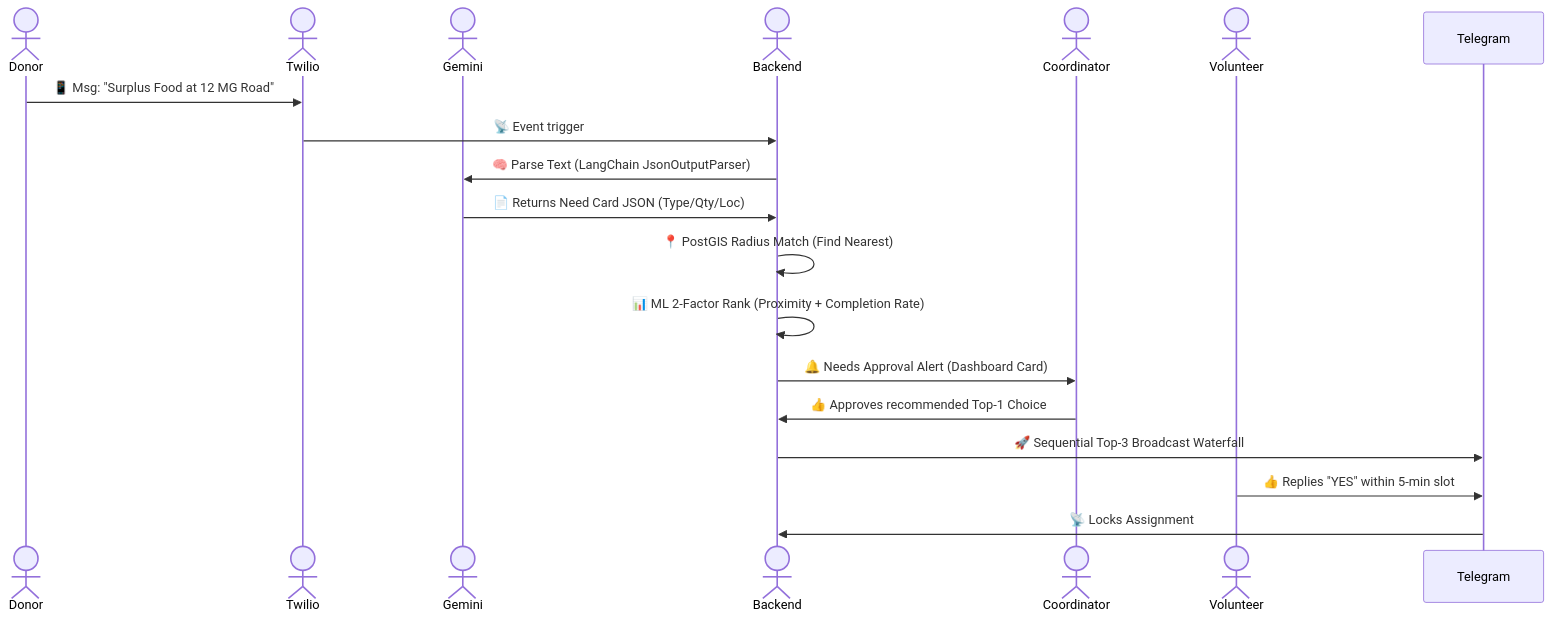
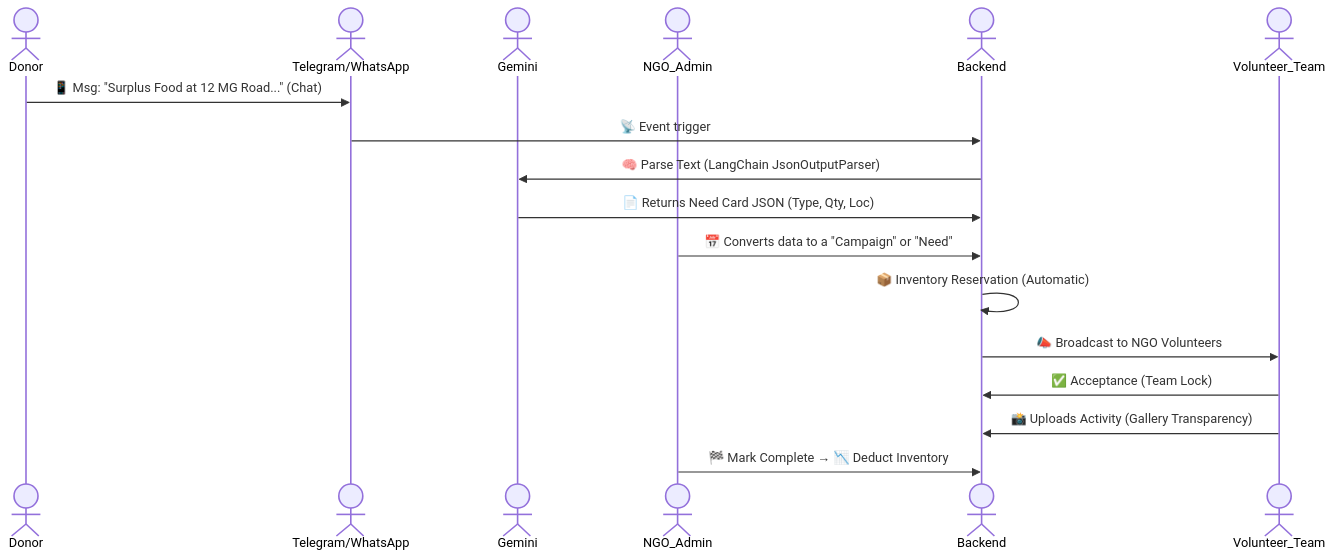
The third of 6 diagrams in docs/operational_workflows.md (bibhav1108/backend), drawn with Mermaid before and after one commit. The commit also changed other lines of this file, not shown here.

Commit message:
docs: split Version 2 into 2.0 (Foundation) and 2.1 (Optimization) roadmap

````diff
--- a/docs/operational_workflows.md
+++ b/docs/operational_workflows.md
@@ -120,23 +120,22 @@
 ```mermaid
 sequenceDiagram
     actor Donor
-    actor Twilio
+    actor Telegram/WhatsApp
     actor Gemini
+    actor NGO_Admin
     actor Backend
-    actor Coordinator
-    actor Volunteer
+    actor Volunteer_Team
 
-    Donor->>Twilio: 📱 Msg: "Surplus Food at 12 MG Road"
-    Twilio->>Backend: 📡 Event trigger
+    Donor->>Telegram/WhatsApp: 📱 Msg: "Surplus Food at 12 MG Road..." (Chat)
+    Telegram/WhatsApp->>Backend: 📡 Event trigger
     Backend->>Gemini: 🧠 Parse Text (LangChain JsonOutputParser)
-    Gemini->>Backend: 📄 Returns Need Card JSON (Type/Qty/Loc)
+    Gemini->>Backend: 📄 Returns Need Card JSON (Type, Qty, Loc)
     
-    Backend->>Backend: 📍 PostGIS Radius Match (Find Nearest)
-    Backend->>Backend: 📊 ML 2-Factor Rank (Proximity + Completion Rate)
-    Backend->>Coordinator: 🔔 Needs Approval Alert (Dashboard Card)
-    Coordinator->>Backend: 👍 Approves recommended Top-1 Choice
+    NGO_Admin->>Backend: 📅 Converts data to a "Campaign" or "Need"
+    Backend->>Backend: 📦 Inventory Reservation (Automatic)
     
-    Backend->>Telegram: 🚀 Sequential Top-3 Broadcast Waterfall
-    Volunteer->>Telegram: 👍 Replies "YES" within 5-min slot
-    Telegram->>Backend: 📡 Locks Assignment
+    Backend->>Volunteer_Team: 📣 Broadcast to NGO Volunteers
+    Volunteer_Team->>Backend: ✅ Acceptance (Team Lock)
+    Volunteer_Team->>Backend: 📸 Uploads Activity (Gallery Transparency)
+    NGO_Admin->>Backend: 🏁 Mark Complete → 📉 Deduct Inventory
 ```
````
